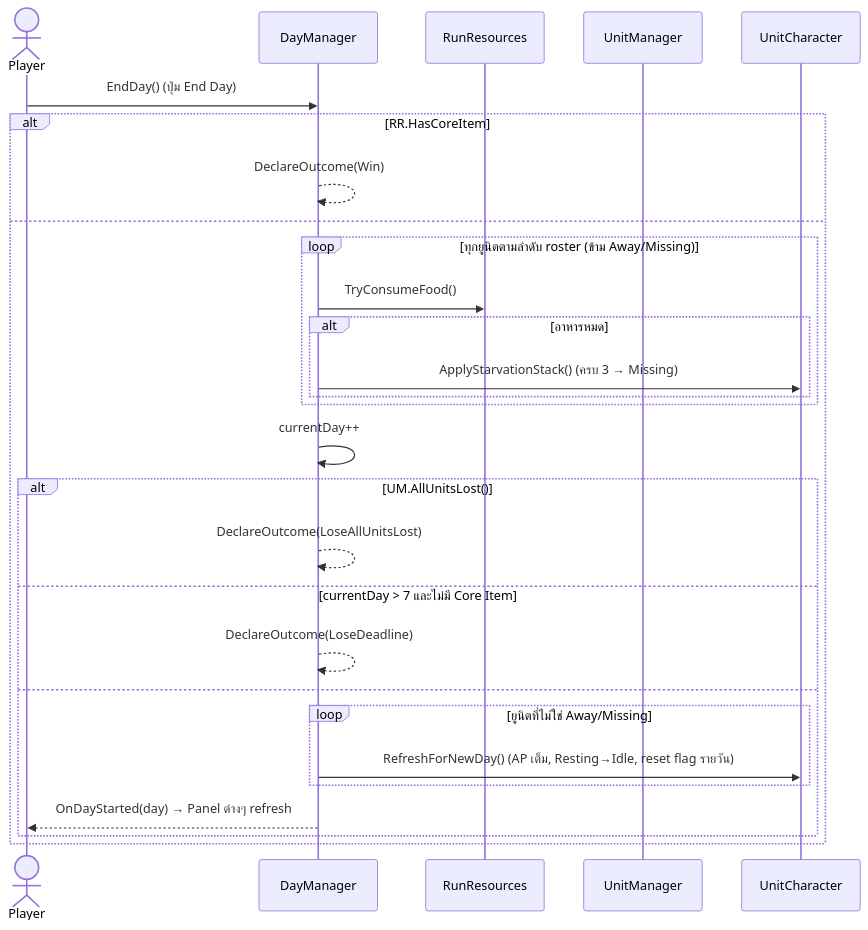
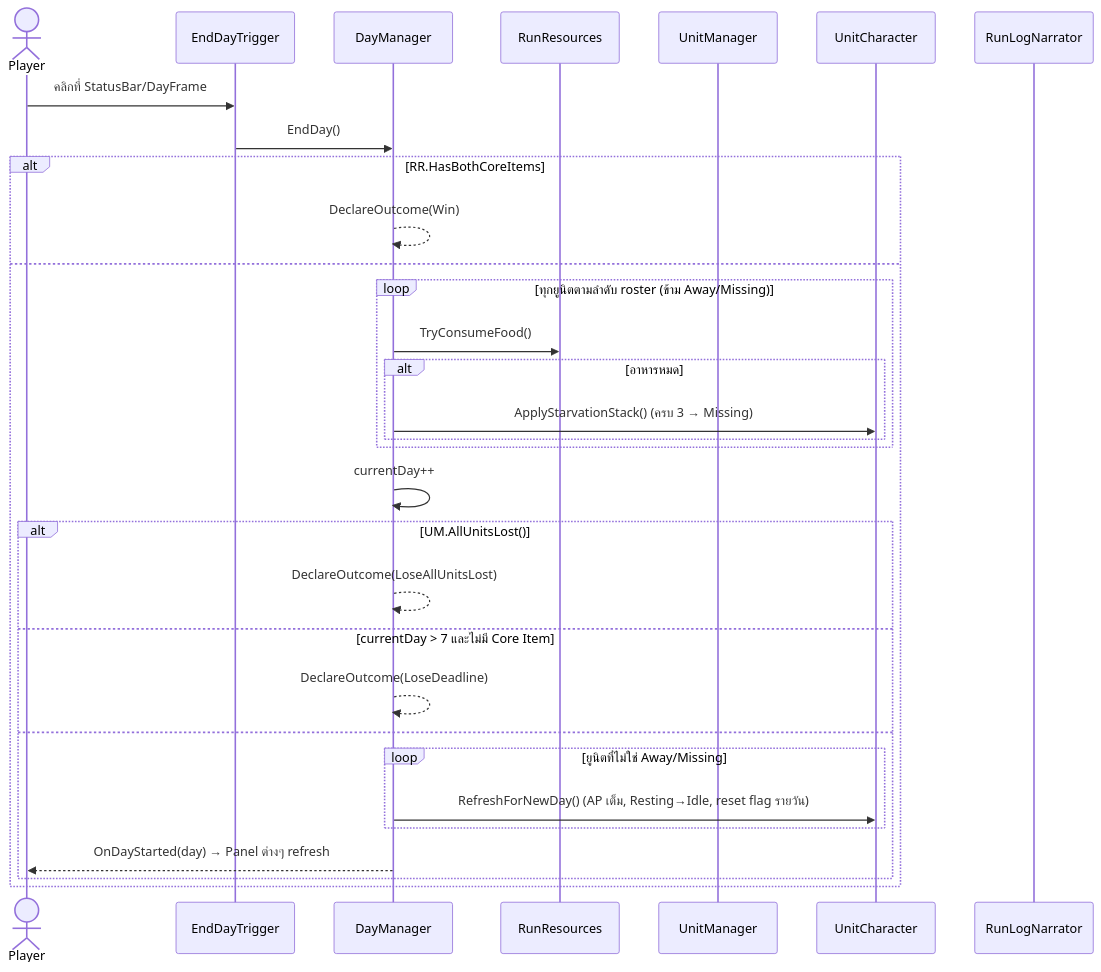
The sixth of 6 diagrams in docs/software/04-unity-system-design.md (nopponaim603/clogged), drawn with Mermaid before and after one commit. The commit also changed other lines of this file and 9 other files, not shown here.

First line of the commit message:
docs: document the UI redesign (P0-P5) and the DayFrame click fix

````diff
--- a/docs/software/04-unity-system-design.md
+++ b/docs/software/04-unity-system-design.md
@@ -299,31 +322,34 @@
 ```mermaid
 sequenceDiagram
     actor P as Player
+    participant EDT as EndDayTrigger
     participant DM as DayManager
     participant RR as RunResources
     participant UM as UnitManager
     participant U as UnitCharacter
+    participant NR as RunLogNarrator
 
-    P->>DM: EndDay() (ปุ่ม End Day)
-    alt RR.HasCoreItem
+    P->>EDT: คลิกที่ StatusBar/DayFrame
+    EDT->>DM: EndDay()
+    alt RR.HasBothCoreItems
         DM-->>DM: DeclareOutcome(Win)
     else
         loop ทุกยูนิตตามลำดับ roster (ข้าม Away/Missing)
             DM->>RR: TryConsumeFood()
             alt อาหารหมด
                 DM->>U: ApplyStarvationStack() (ครบ 3 → Missing)
             end
         end
         DM->>DM: currentDay++
         alt UM.AllUnitsLost()
             DM-->>DM: DeclareOutcome(LoseAllUnitsLost)
         else currentDay > 7 และไม่มี Core Item
             DM-->>DM: DeclareOutcome(LoseDeadline)
         else
             loop ยูนิตที่ไม่ใช่ Away/Missing
                 DM->>U: RefreshForNewDay() (AP เต็ม, Resting→Idle, reset flag รายวัน)
             end
             DM-->>P: OnDayStarted(day) → Panel ต่างๆ refresh
         end
     end
 ```
````
